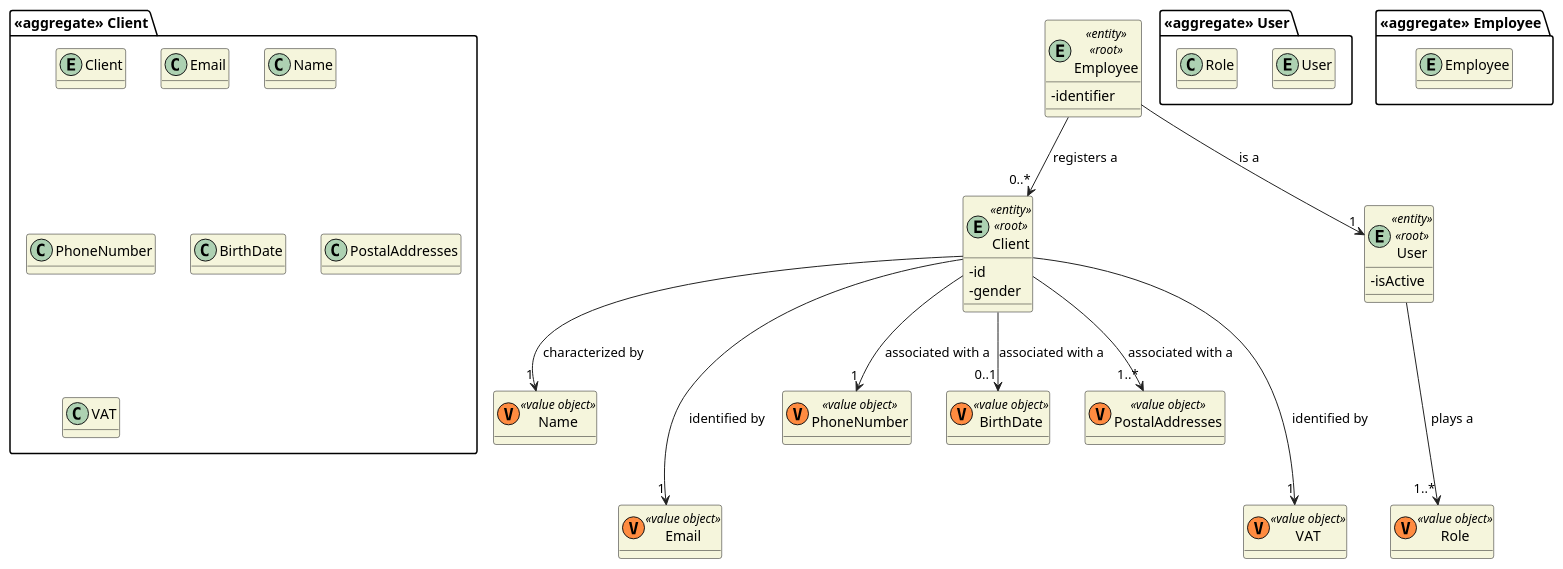
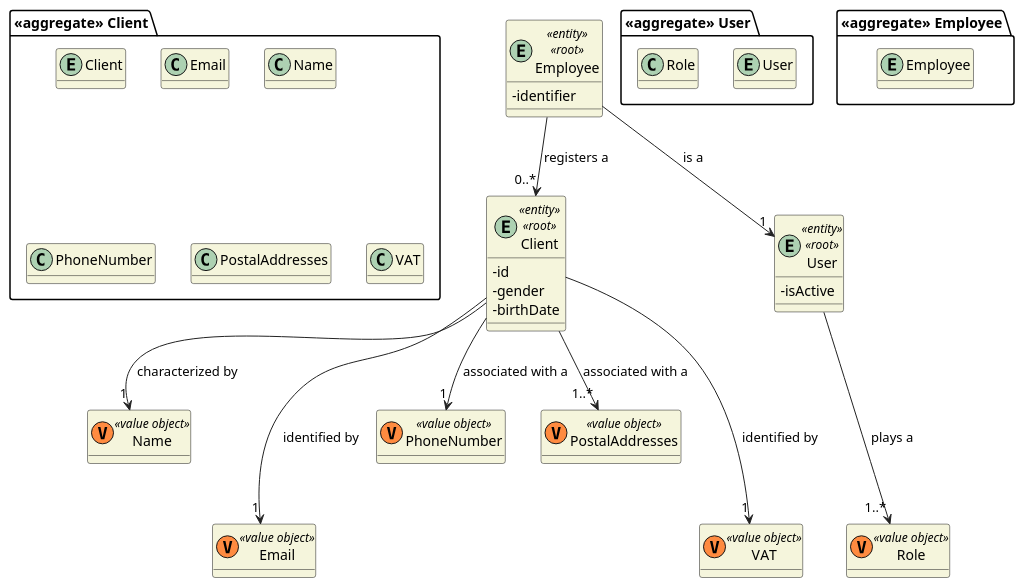
One commit to 0franciscor/lei21_22_s4_2de_01 changed the diagram in docs/1201386/US1003/DM_Client.puml. Above: the diagram before and after it, drawn with PlantUML. The commit also changed 9 other files, not shown here.

```diff
--- a/docs/1201386/US1003/DM_Client.puml
+++ b/docs/1201386/US1003/DM_Client.puml
@@ -1,62 +1,60 @@
 @startuml
 'https://plantuml.com/class-diagram
 
 skinparam classAttributeIconSize 0
 hide empty attributes
 skinparam classBackgroundColor beige
 skinparam ArrowColor #222222
 
 package "<<aggregate>> Client" {
     entity Client
     class Email
     class Name
     class PhoneNumber
-    class BirthDate
     class PostalAddresses
     class VAT
 }
 
 entity Client <<entity>> <<root>> {
     - id
     - gender
+    - birthDate
 }
 
 class Name <<(V,#FF8B40) value object>> {}
 class Email <<(V,#FF8B40) value object>> {}
 class PhoneNumber <<(V,#FF8B40) value object>> {}
-class BirthDate <<(V,#FF8B40) value object>> {}
 class PostalAddresses <<(V,#FF8B40) value object>> {}
 class VAT <<(V,#FF8B40) value object>> {}
 
 Client --> "1" Name : characterized by
 Client ---> "1" Email : identified by
 Client ---> "1" VAT : identified by
 Client --> "1" PhoneNumber: associated with a
-Client --> "0..1" BirthDate: associated with a
 Client --> "1..*" PostalAddresses: associated with a
 
 package "<<aggregate>> User" {
     entity User
     class Role
 }
 
 entity User <<entity>> <<root>> {
     - isActive
 }
 
 
 class Role <<(V,#FF8B40) value object>> {}
 
 User ---> "1..*" Role : plays a
 
 package "<<aggregate>> Employee" {
     entity Employee
 }
 
 entity Employee <<entity>> <<root>> {
     -identifier
 }
 
 Employee --> "1" User : is a
 Employee --> "0..*" Client : registers a
 @enduml
```
